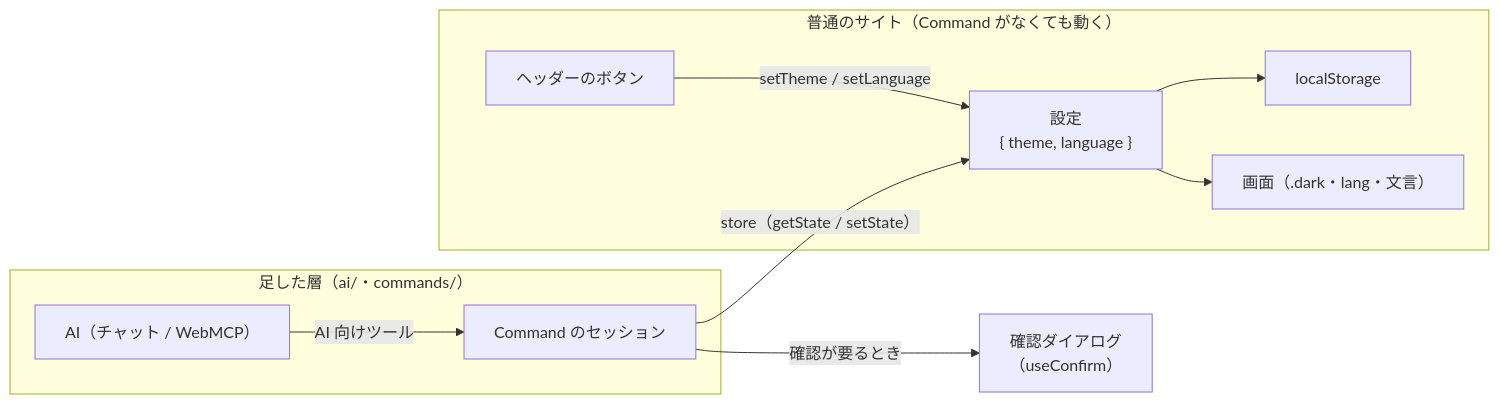
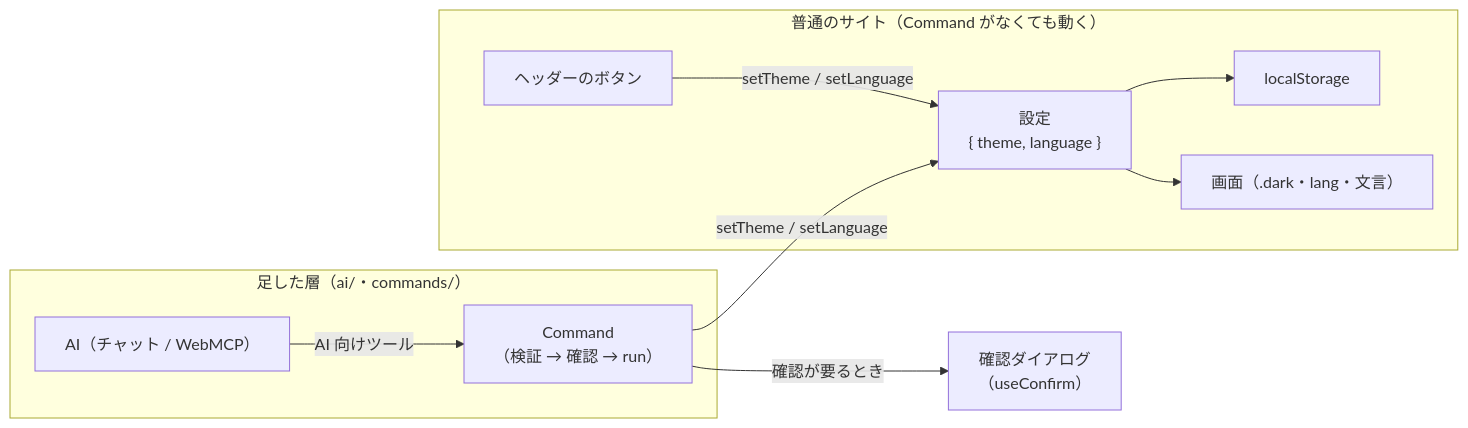
One commit to fujibayashi-ast/ai-friendly changed the diagram in apps/settings/docs/commands.md. Above: the diagram before and after it, drawn with Mermaid. The commit also changed other lines of this file and 7 other files, not shown here.

````diff
--- a/apps/settings/docs/commands.md
+++ b/apps/settings/docs/commands.md
@@ -7,13 +7,13 @@
 ```mermaid
 flowchart LR
   subgraph site["普通のサイト（Command がなくても動く）"]
     Buttons["ヘッダーのボタン"] -- "setTheme / setLanguage" --> State["設定<br>{ theme, language }"]
     State --> Storage["localStorage"]
     State --> Screen["画面（.dark・lang・文言）"]
   end
   subgraph ai["足した層（ai/・commands/）"]
-    AI["AI（チャット / WebMCP）"] -- "AI 向けツール" --> Session["Command のセッション"]
+    AI["AI（チャット / WebMCP）"] -- "AI 向けツール" --> Commands["Command<br>（検証 → 確認 → run）"]
   end
-  Session -- "store（getState / setState）" --> State
-  Session -- "確認が要るとき" --> Confirm["確認ダイアログ<br>（useConfirm）"]
+  Commands -- "setTheme / setLanguage" --> State
+  Commands -- "確認が要るとき" --> Confirm["確認ダイアログ<br>（useConfirm）"]
 ```
````
